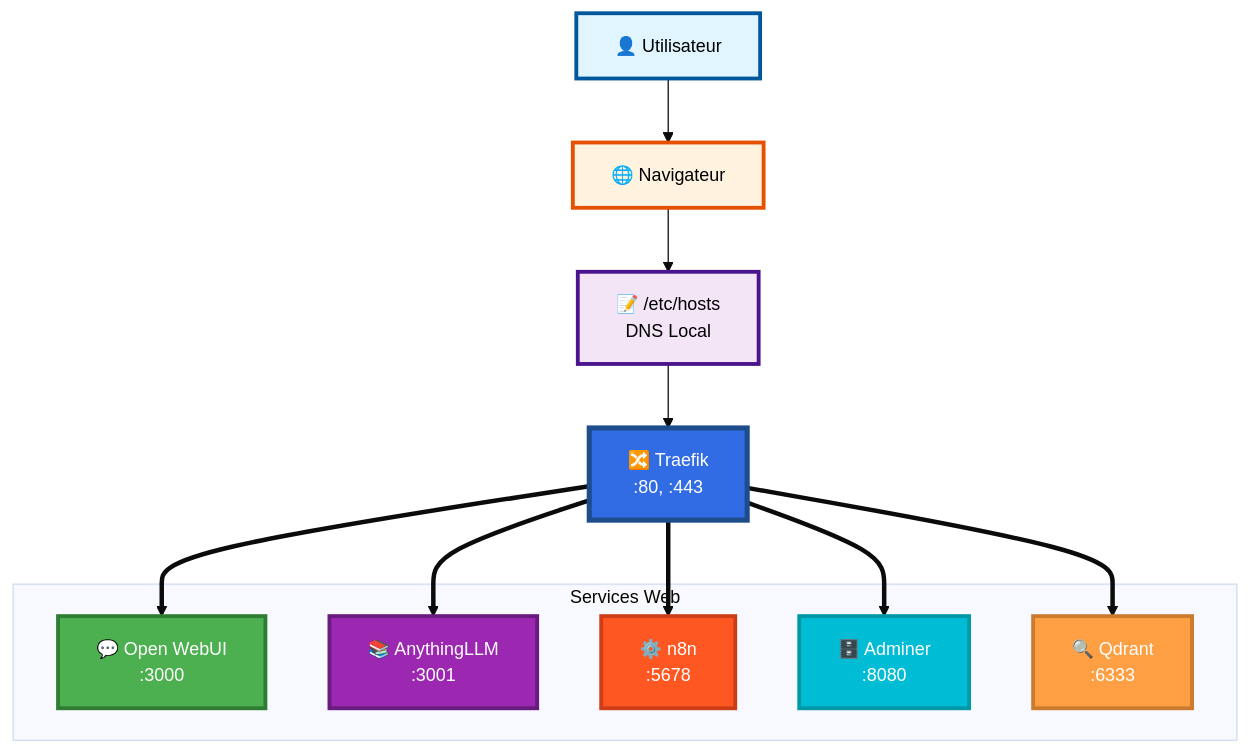
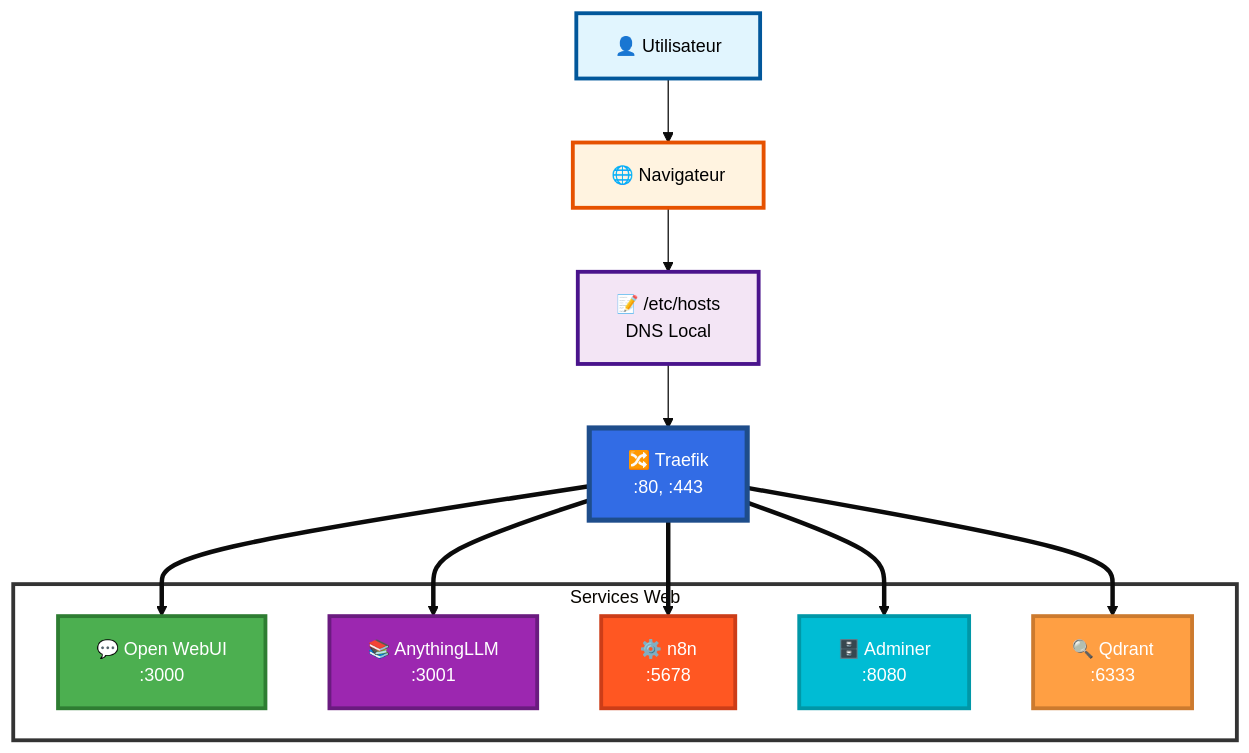
Before and after one commit to MPFabio/Stack-IA: diagram 11 of 14 in docs/ARCHITECTURE.md, drawn with Mermaid. The commit also changed other lines of this file, not shown here.

````diff
--- a/docs/ARCHITECTURE.md
+++ b/docs/ARCHITECTURE.md
@@ -761,35 +769,36 @@
 ```mermaid
 %%{init: {'theme':'base', 'themeVariables': { 'fontSize':'14px'}}}%%
 graph TB
     USER["👤 Utilisateur"]
     BROWSER["🌐 Navigateur"]
     HOSTS["📝 /etc/hosts<br/>DNS Local"]
     TRAEFIK["🔀 Traefik<br/>:80, :443"]
     
     subgraph SERVICES["Services Web"]
         WEBUI["💬 Open WebUI<br/>:3000"]
         ANYTHING["📚 AnythingLLM<br/>:3001"]
         N8N["⚙️ n8n<br/>:5678"]
         ADMINER["🗄️ Adminer<br/>:8080"]
         QDRANT_UI["🔍 Qdrant<br/>:6333"]
     end
     
     USER --> BROWSER
     BROWSER --> HOSTS
     HOSTS --> TRAEFIK
     TRAEFIK ==> WEBUI
     TRAEFIK ==> ANYTHING
     TRAEFIK ==> N8N
     TRAEFIK ==> ADMINER
     TRAEFIK ==> QDRANT_UI
     
     style USER fill:#e1f5fe,stroke:#01579b,stroke-width:3px,color:#000
     style BROWSER fill:#fff3e0,stroke:#e65100,stroke-width:3px,color:#000
     style HOSTS fill:#f3e5f5,stroke:#4a148c,stroke-width:3px,color:#000
     style TRAEFIK fill:#326ce5,stroke:#1e4d8b,stroke-width:4px,color:#fff
     style WEBUI fill:#4CAF50,stroke:#2e7d32,stroke-width:3px,color:#fff
     style ANYTHING fill:#9C27B0,stroke:#6a1b7f,stroke-width:3px,color:#fff
     style N8N fill:#FF5722,stroke:#cc3d18,stroke-width:3px,color:#fff
     style ADMINER fill:#00BCD4,stroke:#0097a7,stroke-width:3px,color:#fff
     style QDRANT_UI fill:#ff9f43,stroke:#cc7a2e,stroke-width:3px,color:#fff
+    style SERVICES fill:#ffffff,stroke:#333,stroke-width:3px
 ```
````
